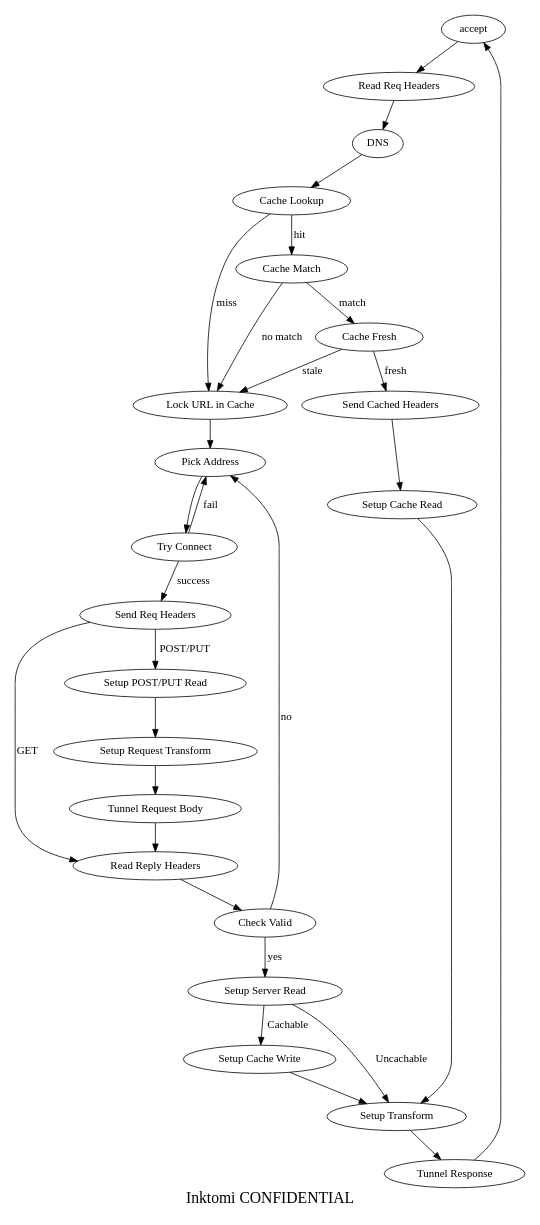
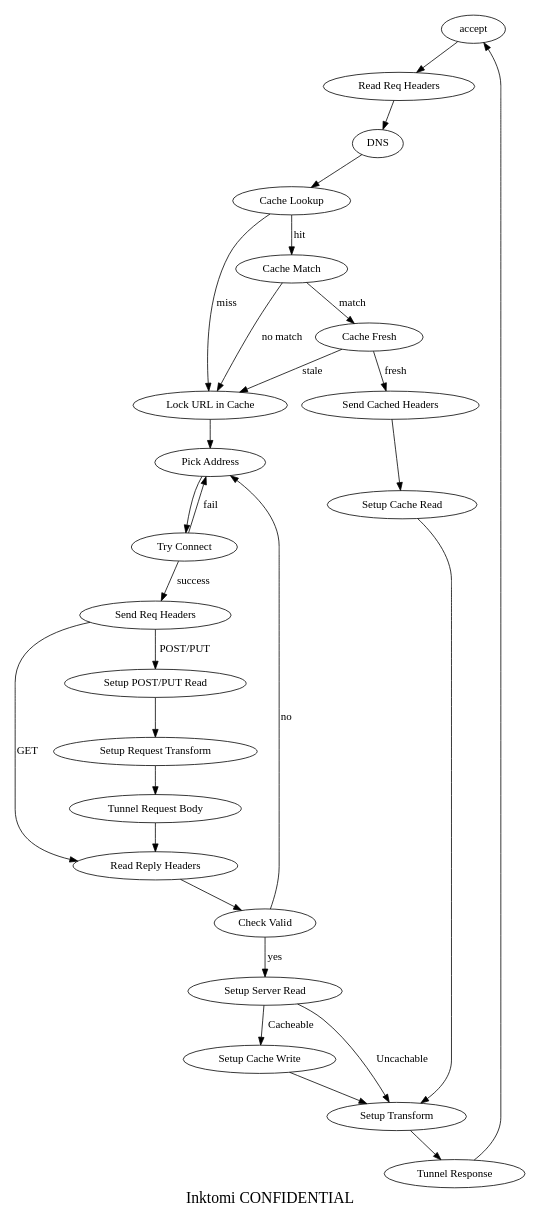
The diagram in doc/dot/SimpleStateDiag.dot (hnakamur/trafficserver9-deb), drawn with Graphviz before and after one commit. The commit also changed 1014 other files, not shown here.

```diff
--- a/doc/dot/SimpleStateDiag.dot
+++ b/doc/dot/SimpleStateDiag.dot
@@ -1,64 +1,64 @@
 /* A simplified state diagram for HttpSM */
 /*   */
 
 digraph g {
 center=1;
 size = "7.5,10";
 fontsize="20";
 label = "Inktomi CONFIDENTIAL";
 orientation = "portrait";
 
 "ACCEPT" [ label = "accept" ];
 "RD_REQ_HDRS" [ label = "Read Req Headers" ];
 "DNS" [ label = "DNS" ];
 "C_LOOKUP" [ label = "Cache Lookup" ];
 "CACHE_LOCK" [ label = "Lock URL in Cache" ];
 "PICK_ADDR" [ label = "Pick Address" ];
 "CACHE_MATCH" [ label = "Cache Match" ];
 "CACHE_FRESH" [ label = "Cache Fresh" ];
 "SND_REQ_HDRS" [ label = "Send Req Headers" ];
 "SETUP_C_READ" [ label = "Setup Cache Read" ];
 "SND_C_HDRS" [ label = "Send Cached Headers" ];
 "CONNECT" [ label = "Try Connect" ];
 "SND_REQ_HDRS" [ label = "Send Req Headers" ];
 "RD_REP_HDRS" [ label = "Read Reply Headers" ];
 "VALID" [ label = "Check Valid" ];
 "SETUP_S_READ" [ label = "Setup Server Read" ];
 "SETUP_CACHE_WRITE" [ label = "Setup Cache Write" ];
 "SETUP_TRANS" [ label = "Setup Transform" ];
 "SETUP_REQ_TRANS" [ label = "Setup Request Transform" ];
 "SETUP_BODY_READ" [ label = "Setup POST/PUT Read" ];
 "TUNNEL" [ label = "Tunnel Response" ];
 "TUNNEL_REQ" [ label = "Tunnel Request Body" ];
 
 
 "ACCEPT" -> "RD_REQ_HDRS";
 "RD_REQ_HDRS" -> "DNS";
 "DNS" -> "C_LOOKUP";
 "C_LOOKUP" -> "CACHE_MATCH" [ label = "hit" ];
 "C_LOOKUP" -> "CACHE_LOCK" [ label = "miss" ];
 "CACHE_LOCK" -> "PICK_ADDR";
 "CACHE_MATCH" -> "CACHE_LOCK" [ label = "no match" ];
 "CACHE_MATCH" -> "CACHE_FRESH" [ label ="match" ];
 "CACHE_FRESH" -> "SND_C_HDRS" [ label ="fresh" ];
 "CACHE_FRESH" -> "CACHE_LOCK" [ label ="stale" ];
 "SND_C_HDRS" -> "SETUP_C_READ";
 "SETUP_C_READ" -> "SETUP_TRANS";
 "PICK_ADDR" -> "CONNECT";
 "CONNECT" -> "PICK_ADDR" [ label = "fail" ];
 "CONNECT" -> "SND_REQ_HDRS" [ label = "success" ];
 "SND_REQ_HDRS" -> "SETUP_BODY_READ" [label = "POST/PUT" ];
 "SETUP_BODY_READ" -> "SETUP_REQ_TRANS";
 "SETUP_REQ_TRANS" -> "TUNNEL_REQ";
 "TUNNEL_REQ" -> "RD_REP_HDRS";
 "SND_REQ_HDRS" -> "RD_REP_HDRS" [label = "GET" ];
 "RD_REP_HDRS" -> "VALID";
 "VALID" -> "PICK_ADDR" [ label = "no" ];
 "VALID" -> "SETUP_S_READ" [ label = "yes" ];
 "SETUP_S_READ" -> "SETUP_TRANS" [ label = "Uncachable" ];
-"SETUP_S_READ" -> "SETUP_CACHE_WRITE" [ label = "Cachable" ];
+"SETUP_S_READ" -> "SETUP_CACHE_WRITE" [ label = "Cacheable" ];
 "SETUP_CACHE_WRITE" -> "SETUP_TRANS";
 "SETUP_TRANS" -> "TUNNEL";
 "TUNNEL" -> "ACCEPT";
 
 }
```
